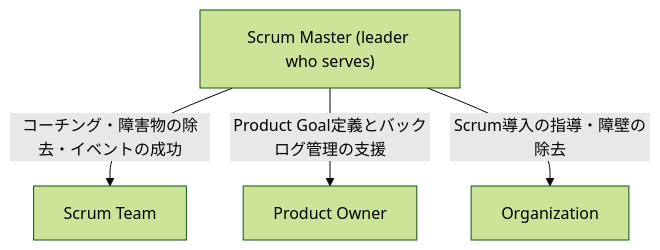
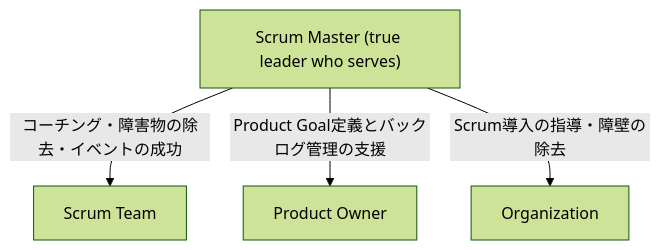
The third of 4 diagrams in Csm-scrum-team-3-accountabilities.md (myoshi2891/Management-Team-Building-Studies), drawn with Mermaid (forest theme) before and after one commit. The commit also changed other lines of this file and 6 other files, not shown here.

````diff
--- a/Csm-scrum-team-3-accountabilities.md
+++ b/Csm-scrum-team-3-accountabilities.md
@@ -246,7 +253,7 @@
 ```mermaid
 flowchart TB
-    SM["Scrum Master (leader who serves)"]
+    SM["Scrum Master (true leader who serves)"]
     SM -->|"コーチング・障害物の除去・イベントの成功"| TEAM["Scrum Team"]
     SM -->|"Product Goal定義とバックログ管理の支援"| PO["Product Owner"]
     SM -->|"Scrum導入の指導・障壁の除去"| ORG["Organization"]
 ```
````
